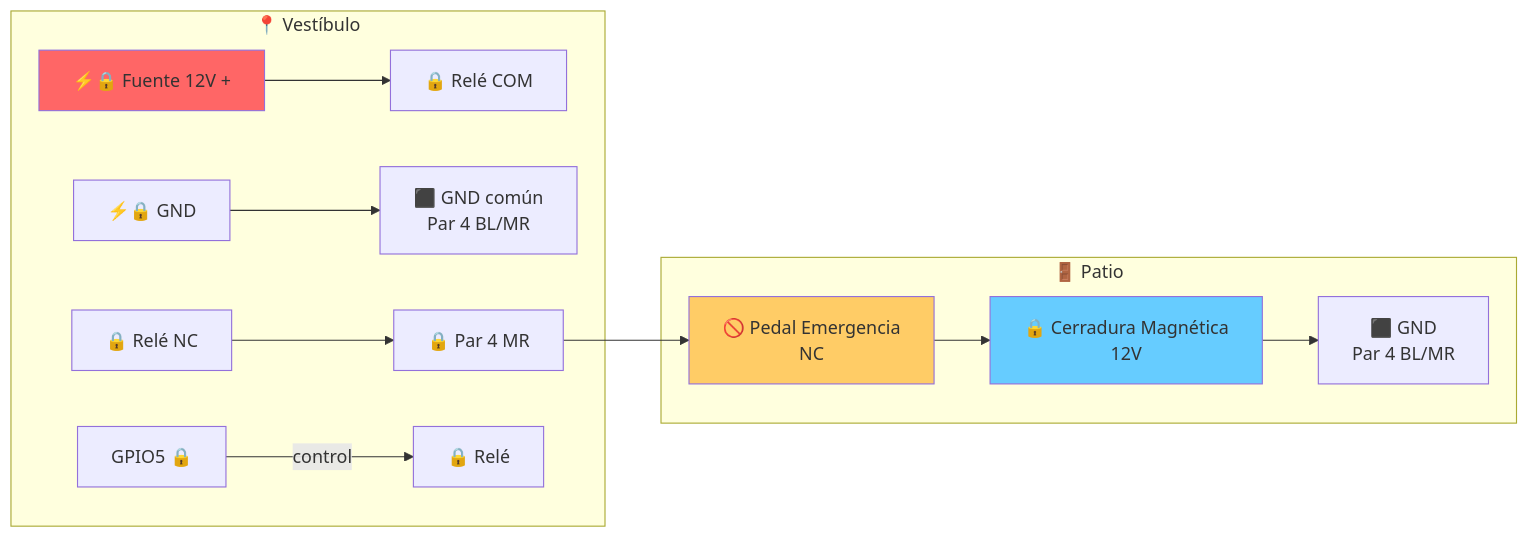
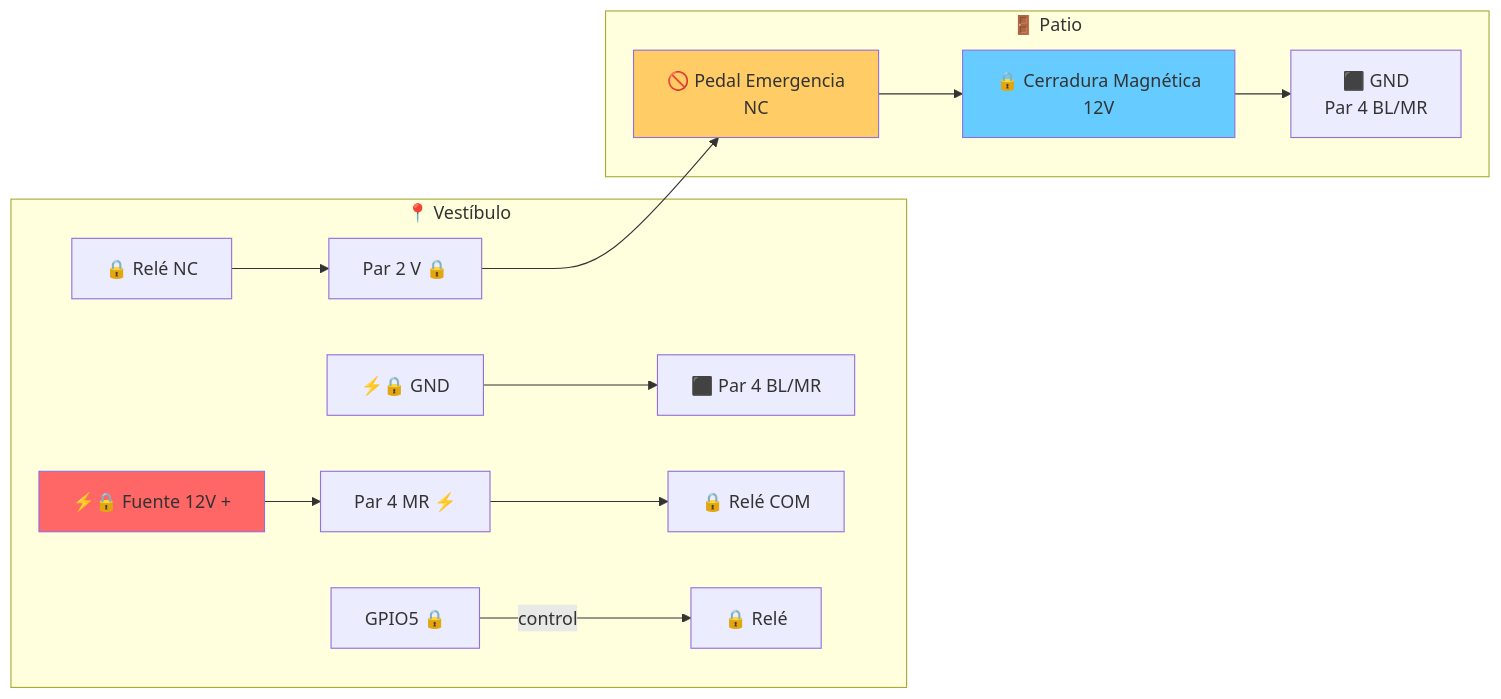
Before and after one commit to abelbour/Abrepuertas: the sixth of 10 diagrams in SYSTEM_DEFINITION.md, drawn with Mermaid. The commit also changed other lines of this file, not shown here.

````diff
--- a/SYSTEM_DEFINITION.md
+++ b/SYSTEM_DEFINITION.md
@@ -445,19 +447,20 @@
 ```mermaid
 flowchart LR
     subgraph Vestibulo["📍 Vestíbulo"]
-        F12V["⚡🔒 Fuente 12V +"] --> ReleCOM["🔒 Relé COM"]
-        F12V_GND["⚡🔒 GND"] --> GND_UTP["⬛ GND común<br/>Par 4 BL/MR"]
-        ReleNC["🔒 Relé NC"] --> UTP_MR["🔒 Par 4 MR"]
+        F12V["⚡🔒 Fuente 12V +"] --> P4_MR["Par 4 MR ⚡"]
+        F12V_GND["⚡🔒 GND"] --> GND["⬛ Par 4 BL/MR"]
+        P4_MR --> ReleCOM["🔒 Relé COM"]
+        ReleNC["🔒 Relé NC"] --> P2_V["Par 2 V 🔒"]
         G5["GPIO5 🔒"] -- control --> Rele["🔒 Relé"]
     end
 
     subgraph Patio["🚪 Patio"]
-        UTP_MR --> Pedal["🚫 Pedal Emergencia<br/>NC"]
+        P2_V --> Pedal["🚫 Pedal Emergencia<br/>NC"]
         Pedal --> Lock["🔒 Cerradura Magnética<br/>12V"]
         Lock --> GND_Lock["⬛ GND<br/>Par 4 BL/MR"]
     end
 
     style F12V fill:#f66
     style Lock fill:#6cf
     style Pedal fill:#fc6
 ```
````
